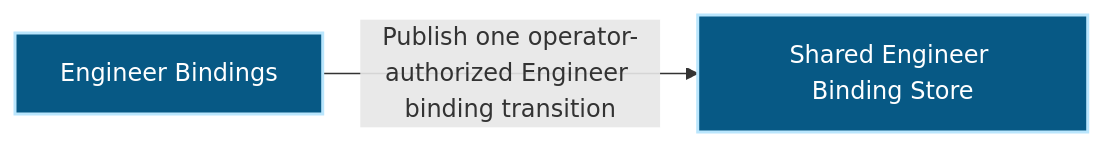
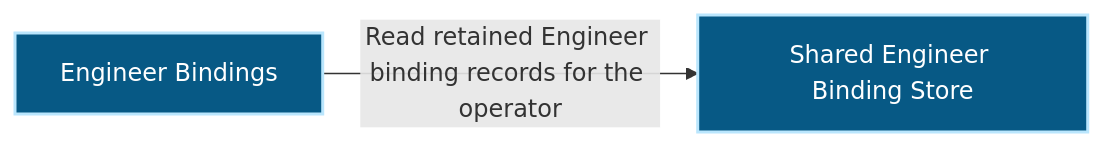
One commit to Ancienttwo/repo-harness changed the first of 2 diagrams in docs/architecture/modules/runtime-harness/engineer-bindings.md. Above: the diagram before and after it, drawn with Mermaid. The commit also changed other lines of this file and 15 other files, not shown here.

Commit message:
docs(architecture): project slice B and drop retired PM and delegated-run entries

````diff
--- a/docs/architecture/modules/runtime-harness/engineer-bindings.md
+++ b/docs/architecture/modules/runtime-harness/engineer-bindings.md
@@ -16,10 +16,10 @@
 ```mermaid
 flowchart LR
   p1_capability_runtime_harness_engineer_bindings_34c00f72["Engineer Bindings"]:::component
   p1_component_engineer_bindings_primary_e07af6cc["Shared Engineer Binding Store"]:::component
-  p1_capability_runtime_harness_engineer_bindings_34c00f72 -->|"Publish one operator-authorized Engineer binding transition"| p1_component_engineer_bindings_primary_e07af6cc
+  p1_capability_runtime_harness_engineer_bindings_34c00f72 -->|"Read retained Engineer binding records for the operator"| p1_component_engineer_bindings_primary_e07af6cc
   classDef actor fill:#111827,color:#ffffff,stroke:#f9fafb,stroke-width:2px
   classDef component fill:#075985,color:#ffffff,stroke:#bae6fd,stroke-width:2px
   classDef datastore fill:#3f6212,color:#ffffff,stroke:#d9f99d,stroke-width:2px
   classDef external fill:#7c2d12,color:#ffffff,stroke:#fed7aa,stroke-width:2px
 ```
````
